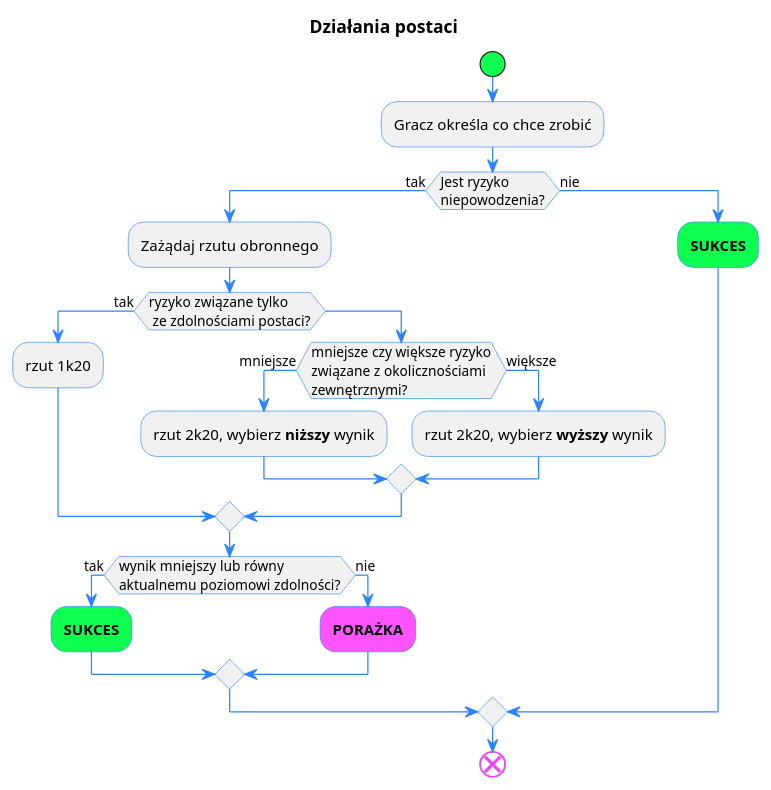
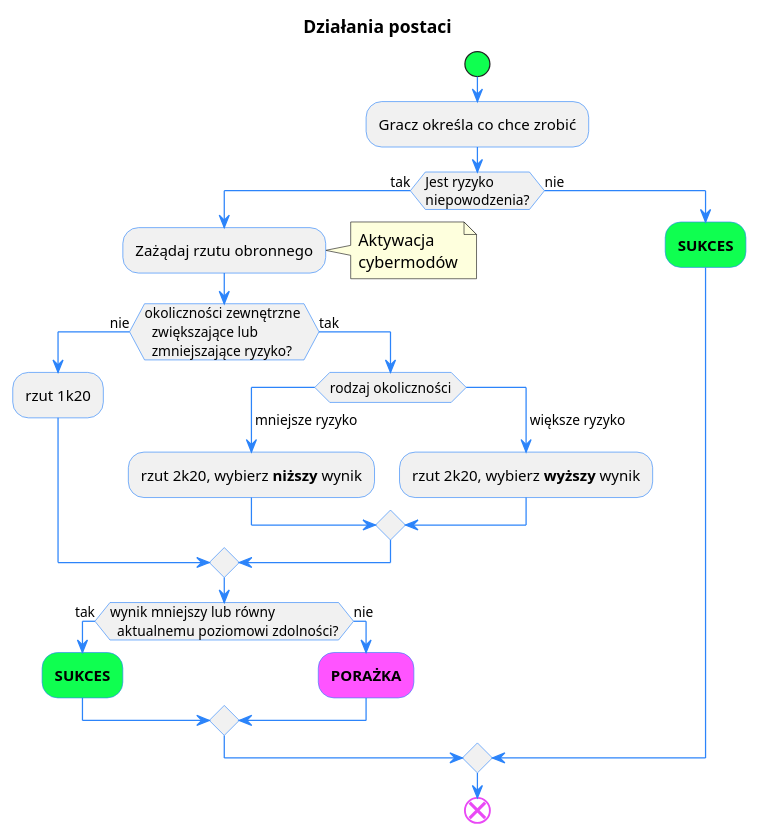
One commit to oswida/cyber changed the first of 5 diagrams in docs/algorithms.plantuml. Above: the diagram before and after it, drawn with PlantUML. The commit also changed other lines of this file and 1 other file, not shown here.

```diff
--- a/docs/algorithms.plantuml
+++ b/docs/algorithms.plantuml
@@ -1,34 +1,43 @@
 @startuml "Działania postaci"
 skinparam defaultFontName Oxanium
 skinparam activity {
   StartColor #0fff50
   BarColor #2c84fa
   EndColor #e949f5
   BorderColor #2c84fa
   ArrowColor #2c84fa
   FontName Oxanium
 }
 title "Działania postaci" 
 start
 :Gracz określa co chce zrobić;
-if (Jest ryzyko\nniepowodzenia?) then (tak)
+if (Jest ryzyko
+niepowodzenia?) then (tak)
 :Zażądaj rzutu obronnego;
-  if (ryzyko związane tylko\n ze zdolnościami postaci?) then (tak)
+  note right
+   Aktywacja 
+   cybermodów
+  endnote
+  if (okoliczności zewnętrzne 
+  zwiększające lub
+  zmniejszające ryzyko?) then (nie)
     :rzut 1k20;
-  else
-   if (mniejsze czy większe ryzyko\nzwiązane z okolicznościami\nzewnętrznymi?) then (mniejsze)
+  else (tak)
+   switch (rodzaj okoliczności) 
+   case ( mniejsze ryzyko)
    :rzut 2k20, wybierz **niższy** wynik;
-   else (większe)
+   case ( większe ryzyko)
    :rzut 2k20, wybierz **wyższy** wynik;
-   endif
+   endswitch
   endif 
-  if (wynik mniejszy lub równy\naktualnemu poziomowi zdolności?) then (tak)
+  if (wynik mniejszy lub równy
+  aktualnemu poziomowi zdolności?) then (tak)
   #0fff50 :**SUKCES**;
   else (nie)
   #ff54ff :**PORAŻKA**;
   endif
 else (nie)
 #0fff50 :**SUKCES**;
 endif 
 end
 @enduml
```
